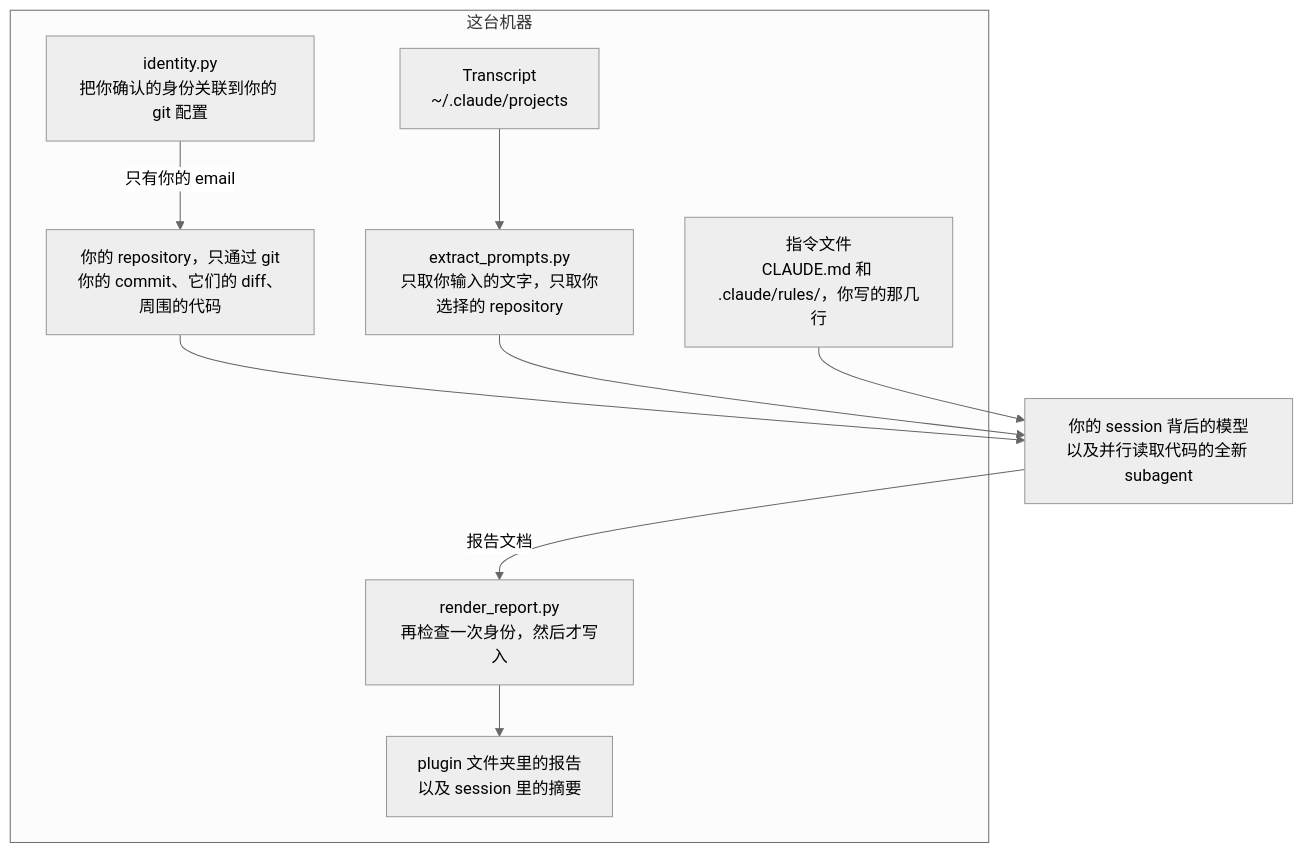
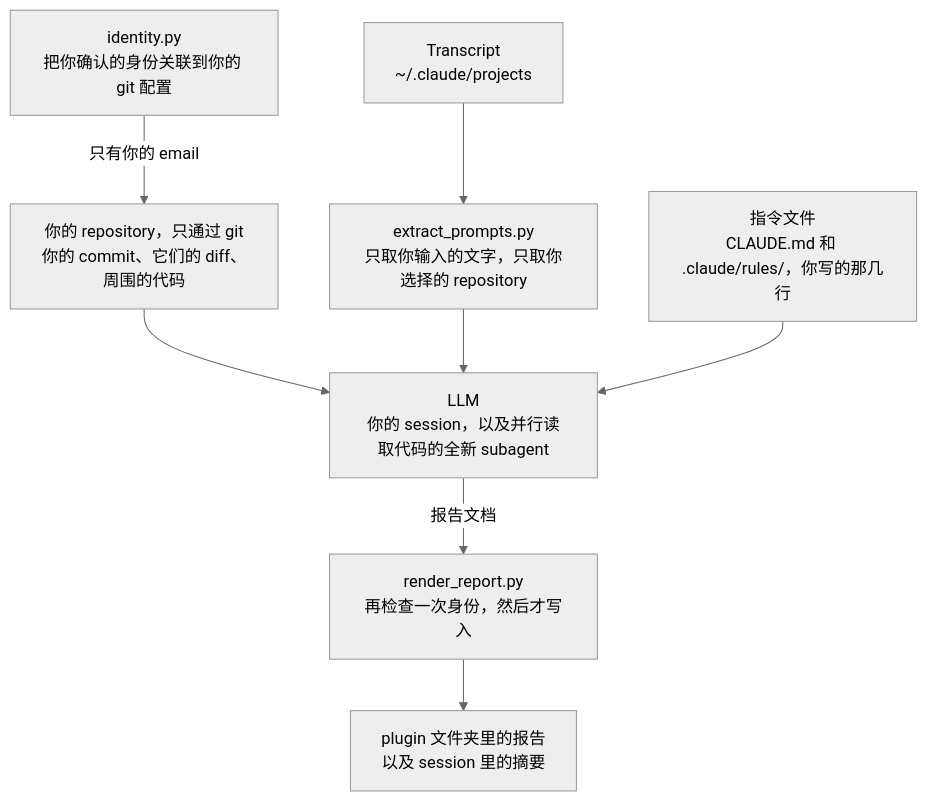
Before and after one commit to softwareone-platform/tundra: the diagram in plugins/whoami/README.zh-CN.md, drawn with Mermaid (neutral theme). The commit also changed other lines of this file and 11 other files, not shown here.

Commit message:
localize whoami's README screenshots and flow

````diff
--- a/plugins/whoami/README.zh-CN.md
+++ b/plugins/whoami/README.zh-CN.md
@@ -45,13 +45,11 @@
 ```mermaid
 flowchart TB
-    subgraph machine["这台机器"]
-        identity["identity.py<br>把你确认的身份关联到你的 git 配置"] -- 只有你的 email --> code["你的 repository，只通过 git<br>你的 commit、它们的 diff、周围的代码"]
-        transcripts["Transcript<br>~/.claude/projects"] --> prompts["extract_prompts.py<br>只取你输入的文字，只取你选择的 repository"]
-        rules["指令文件<br>CLAUDE.md 和 .claude/rules/，你写的那几行"]
-        render["render_report.py<br>再检查一次身份，然后才写入"] --> report["plugin 文件夹里的报告<br>以及 session 里的摘要"]
-    end
-    code --> model["你的 session 背后的模型<br>以及并行读取代码的全新 subagent"]
+    identity["identity.py<br>把你确认的身份关联到你的 git 配置"] -- 只有你的 email --> code["你的 repository，只通过 git<br>你的 commit、它们的 diff、周围的代码"]
+    transcripts["Transcript<br>~/.claude/projects"] --> prompts["extract_prompts.py<br>只取你输入的文字，只取你选择的 repository"]
+    rules["指令文件<br>CLAUDE.md 和 .claude/rules/，你写的那几行"]
+    code --> model["LLM<br>你的 session，以及并行读取代码的全新 subagent"]
     prompts --> model
     rules --> model
-    model -- 报告文档 --> render
+    model -- 报告文档 --> render["render_report.py<br>再检查一次身份，然后才写入"]
+    render --> report["plugin 文件夹里的报告<br>以及 session 里的摘要"]
 ```
````
